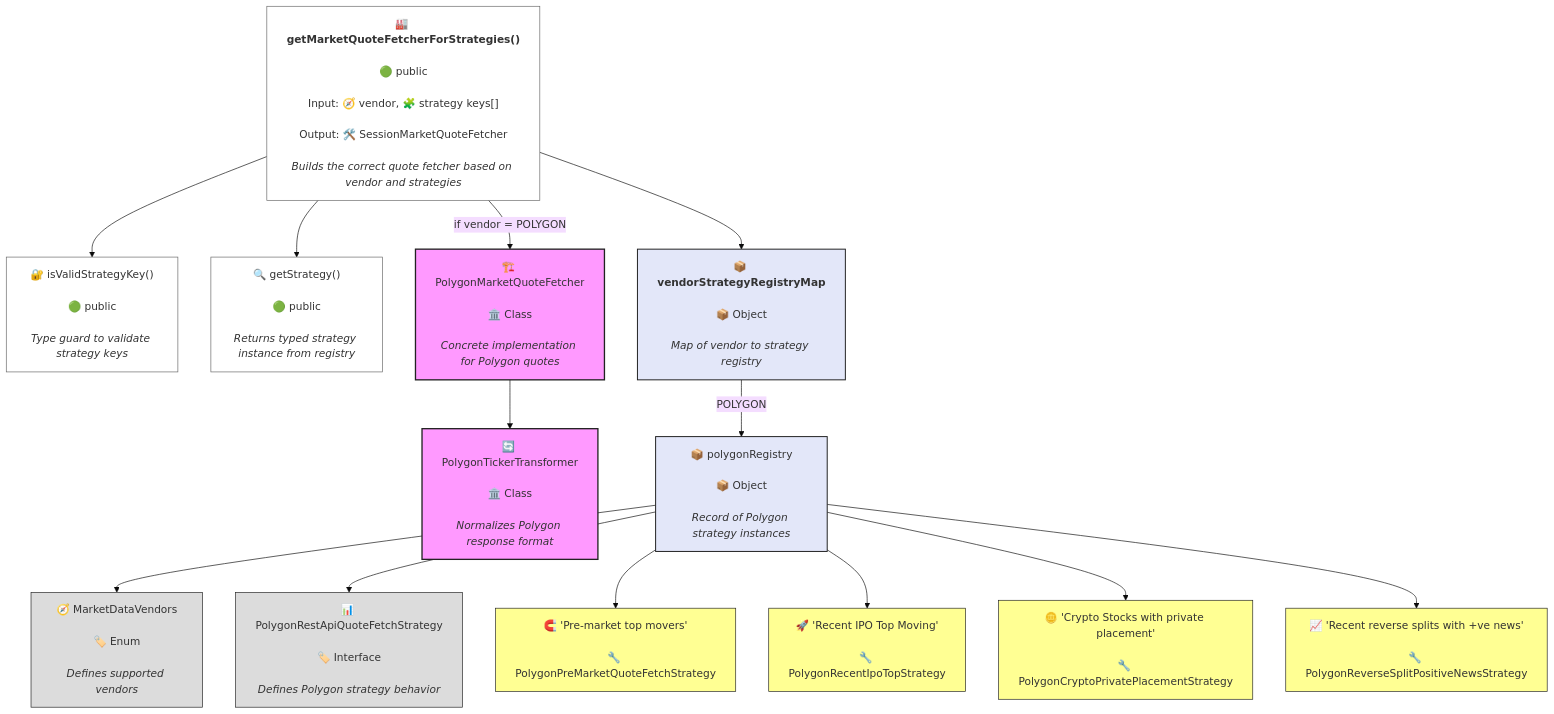
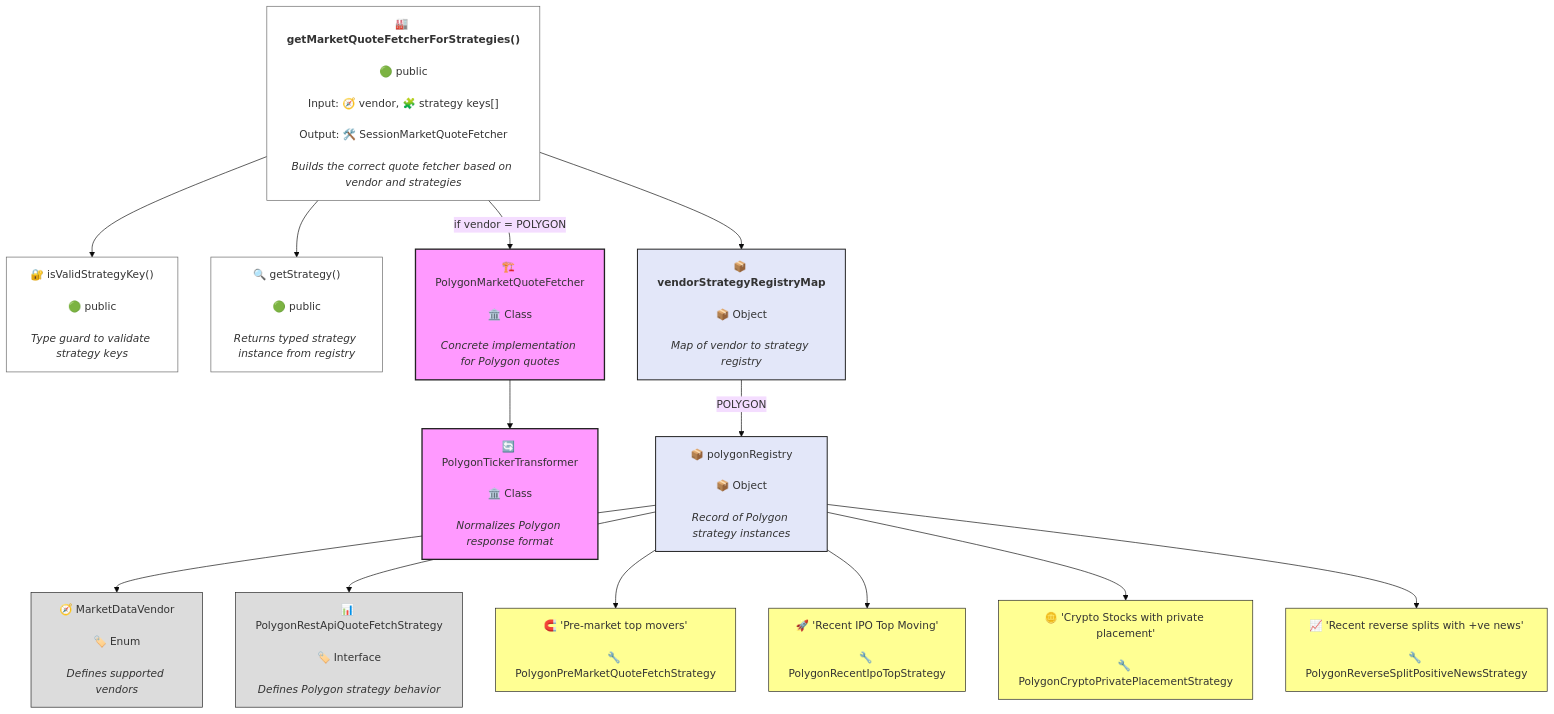
One commit to monolithgoon/momentum-trend-notification-bot changed the diagram in src/strategies/fetch/factories/getMarketQuoteFetcherForStrategies.graph.mmd. Above: the diagram before and after it, drawn with Mermaid (base theme). The commit also changed 29 other files, not shown here.

Commit message:
refactor: implements a flatter market scan presets and vendor fetcher registry architecture

```diff
--- a/src/strategies/fetch/factories/getMarketQuoteFetcherForStrategies.graph.mmd
+++ b/src/strategies/fetch/factories/getMarketQuoteFetcherForStrategies.graph.mmd
@@ -1,94 +1,94 @@
 %% Combined: getMarketQuoteFetcherForStrategies + vendorStrategyRegistryMap with colored styling
 
 graph TD
 
   %% Main factory function
   getMarketQuoteFetcherForStrategies["🏭 <b>getMarketQuoteFetcherForStrategies()</b>
   <br/>🟢 public
   <br/>Input: 🧭 vendor, 🧩 strategy keys[]
   <br/>Output: 🛠️ SessionMarketQuoteFetcher
   <br/><i>Builds the correct quote fetcher based on vendor and strategies</i>
   "]:::method
 
   %% Registry helper functions
   isValidStrategyKey["🔐 isValidStrategyKey()
   <br/>🟢 public
   <br/><i>Type guard to validate strategy keys</i>
   "]:::method
 
   getStrategy["🔍 getStrategy()
   <br/>🟢 public
   <br/><i>Returns typed strategy instance from registry</i>
   "]:::method
 
   %% Polygon-specific fetcher
   PolygonMarketQuoteFetcher["🏗️ PolygonMarketQuoteFetcher
   <br/>🏛️ Class
   <br/><i>Concrete implementation for Polygon quotes</i>
   "]:::service
 
   PolygonTickerTransformer["🔄 PolygonTickerTransformer
   <br/>🏛️ Class
   <br/><i>Normalizes Polygon response format</i>
   "]:::service
 
   %% Strategy Registry Map
   vendorStrategyRegistryMap["📦 <b>vendorStrategyRegistryMap</b>
   <br/>📦 Object
   <br/><i>Map of vendor to strategy registry</i>
   "]:::util
 
-  MarketDataVendors["🧭 MarketDataVendors
+  MarketDataVendor["🧭 MarketDataVendor
   <br/>🏷️ Enum
   <br/><i>Defines supported vendors</i>
   "]:::type
 
   polygonRegistry["📦 polygonRegistry
   <br/>📦 Object
   <br/><i>Record of Polygon strategy instances</i>
   "]:::util
 
   PolygonRestApiQuoteFetchStrategy["📊 PolygonRestApiQuoteFetchStrategy
   <br/>🏷️ Interface
   <br/><i>Defines Polygon strategy behavior</i>
   "]:::type
 
   %% Strategy keys and classes
   PreMarket["🧲 'Pre-market top movers'
   <br/>🔧 PolygonPreMarketQuoteFetchStrategy
   "]:::highlight
 
   RecentIpo["🚀 'Recent IPO Top Moving'
   <br/>🔧 PolygonRecentIpoTopStrategy
   "]:::highlight
 
   CryptoPlacement["🪙 'Crypto Stocks with private placement'
   <br/>🔧 PolygonCryptoPrivatePlacementStrategy
   "]:::highlight
 
   ReverseSplitNews["📈 'Recent reverse splits with +ve news'
   <br/>🔧 PolygonReverseSplitPositiveNewsStrategy
   "]:::highlight
 
   %% Flow connections
   getMarketQuoteFetcherForStrategies --> isValidStrategyKey
   getMarketQuoteFetcherForStrategies --> getStrategy
   getMarketQuoteFetcherForStrategies --> vendorStrategyRegistryMap
   getMarketQuoteFetcherForStrategies -->|if vendor = POLYGON| PolygonMarketQuoteFetcher
   PolygonMarketQuoteFetcher --> PolygonTickerTransformer
 
   vendorStrategyRegistryMap -->|POLYGON| polygonRegistry
-  polygonRegistry --> MarketDataVendors
+  polygonRegistry --> MarketDataVendor
   polygonRegistry --> PolygonRestApiQuoteFetchStrategy
 
   polygonRegistry --> PreMarket
   polygonRegistry --> RecentIpo
   polygonRegistry --> CryptoPlacement
   polygonRegistry --> ReverseSplitNews
 
   %% Styles
   classDef method fill:#fff,stroke:#666,stroke-width:1px;
   classDef util fill:#e3e7f9,stroke:#222,stroke-width:1.5px;
   classDef type fill:#dcdcdc,stroke:#222,stroke-width:1.5px;  %% grey for enums/interfaces
   classDef service fill:#f9f,stroke:#222,stroke-width:2px;
   classDef highlight fill:#ffff93,stroke:#222,stroke-width:2px;  %% bright yellow
```
